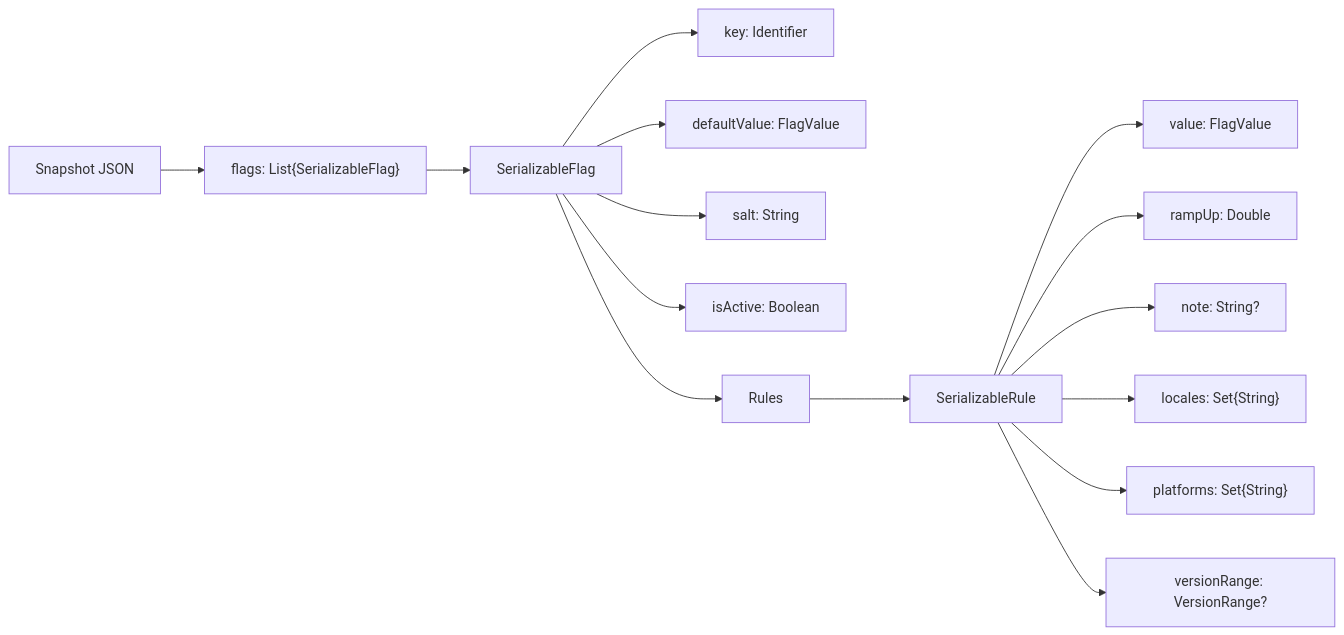
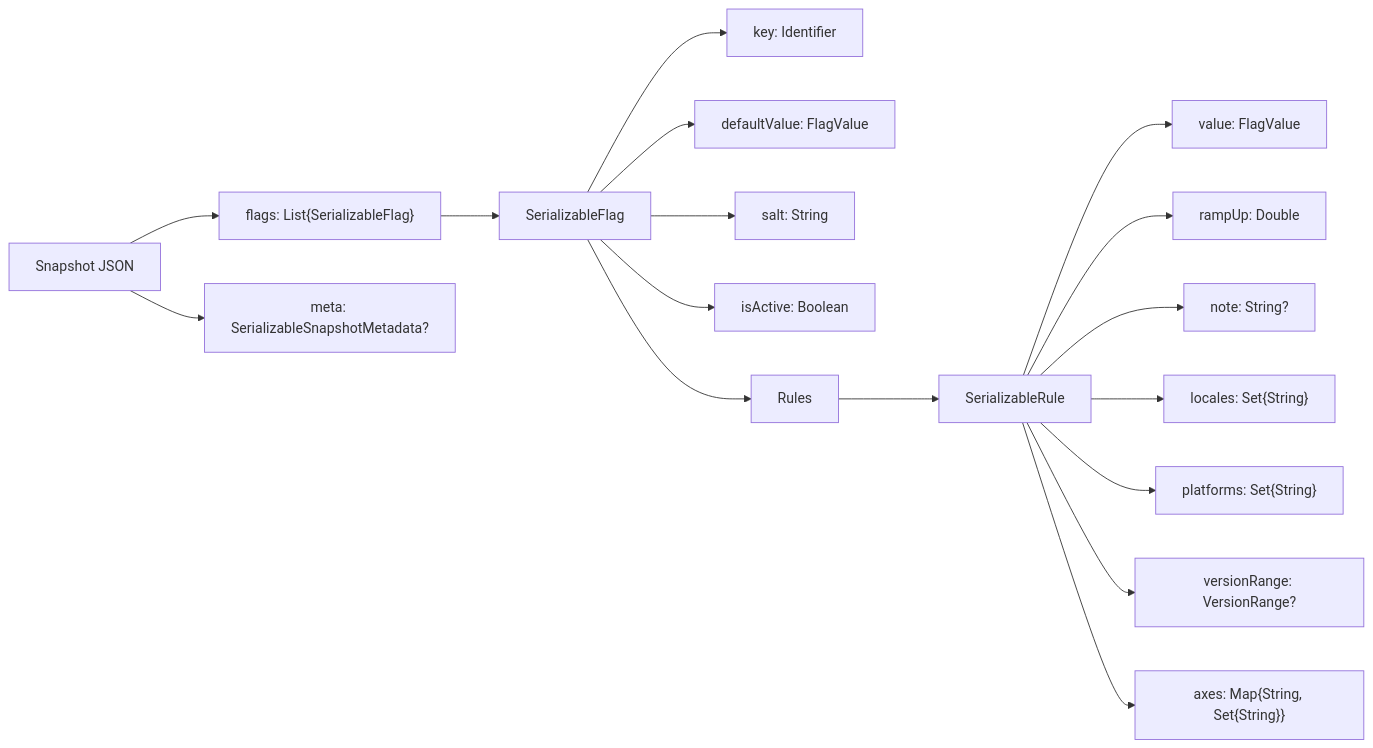
The diagram in docs/08-persistence-format.md (amichne/konditional), drawn with Mermaid before and after one commit. The commit also changed other lines of this file and 48 other files, not shown here.

````diff
--- a/docs/08-persistence-format.md
+++ b/docs/08-persistence-format.md
@@ -17,18 +17,20 @@
 ```mermaid
 flowchart LR
     Snap[Snapshot JSON] --> Flags["flags: List{SerializableFlag}"]
+    Snap --> Meta["meta: SerializableSnapshotMetadata?"]
     Flags --> Flag["SerializableFlag"]
     Flag --> Key["key: Identifier"]
     Flag --> Default["defaultValue: FlagValue"]
     Flag --> Salt["salt: String"]
     Flag --> Active["isActive: Boolean"]
     Flag --> Rules
     Rules --> Rule["SerializableRule"]
     Rule --> RVal["value: FlagValue"]
     Rule --> Ramp["rampUp: Double"]
     Rule --> Note["note: String?"]
     Rule --> Loc["locales: Set{String}"]
     Rule --> Plat["platforms: Set{String}"]
     Rule --> Vr["versionRange: VersionRange?"]
+    Rule --> Axes["axes: Map{String, Set{String}}"]
 
 ```
````
